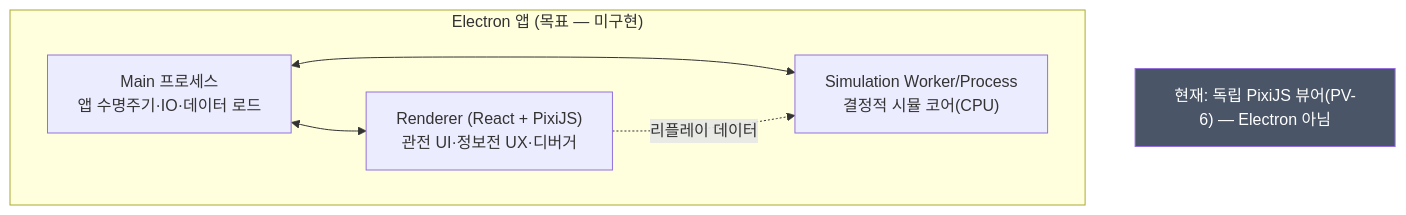
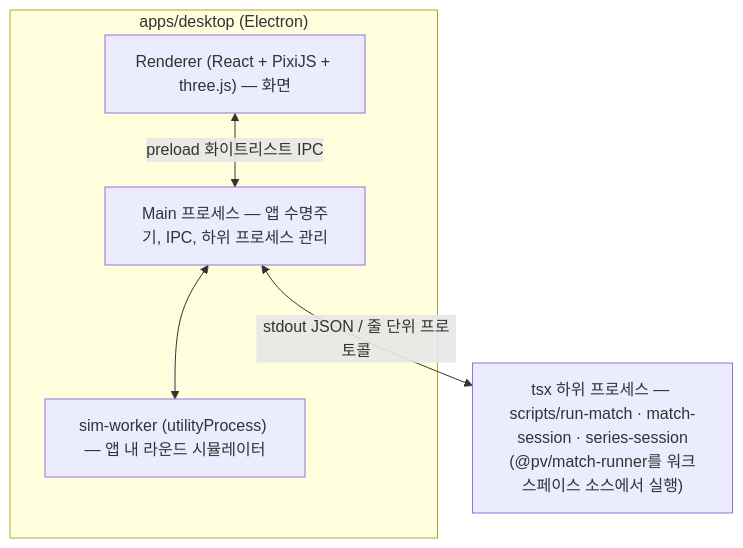
The third of 3 diagrams in docs/ARCHITECTURE.integrated.md (2rangs/Project-VM), drawn with Mermaid before and after one commit. The commit also changed other lines of this file and 3 other files, not shown here.

First line of the commit message:
docs: desktop README reorganised; integrated architecture rewritten as the current system

````diff
--- a/docs/ARCHITECTURE.integrated.md
+++ b/docs/ARCHITECTURE.integrated.md
@@ -102,14 +176,12 @@
 ```mermaid
 flowchart TB
-  subgraph Electron["Electron 앱 (목표 — 미구현)"]
-    MAIN["Main 프로세스\n앱 수명주기·IO·데이터 로드"]
-    REND["Renderer (React + PixiJS)\n관전 UI·정보전 UX·디버거"]
-    SIMW["Simulation Worker/Process\n결정적 시뮬 코어(CPU)"]
+  subgraph Electron["apps/desktop (Electron)"]
+    MAIN["Main 프로세스 — 앱 수명주기, IPC, 하위 프로세스 관리"]
+    REND["Renderer (React + PixiJS + three.js) — 화면"]
+    SIMW["sim-worker (utilityProcess) — 앱 내 라운드 시뮬레이터"]
   end
-  MAIN <--> REND
+  TSX["tsx 하위 프로세스 — scripts/run-match · match-session · series-session\n(@pv/match-runner를 워크스페이스 소스에서 실행)"]
+  REND <-->|"preload 화이트리스트 IPC"| MAIN
   MAIN <--> SIMW
-  REND -. "리플레이 데이터" .-> SIMW
-
-  CUR["현재: 독립 PixiJS 뷰어(PV-6) — Electron 아님"]:::note
-  classDef note fill:#4a5568,color:#fff;
+  MAIN <-->|"stdout JSON / 줄 단위 프로토콜"| TSX
 ```
````
